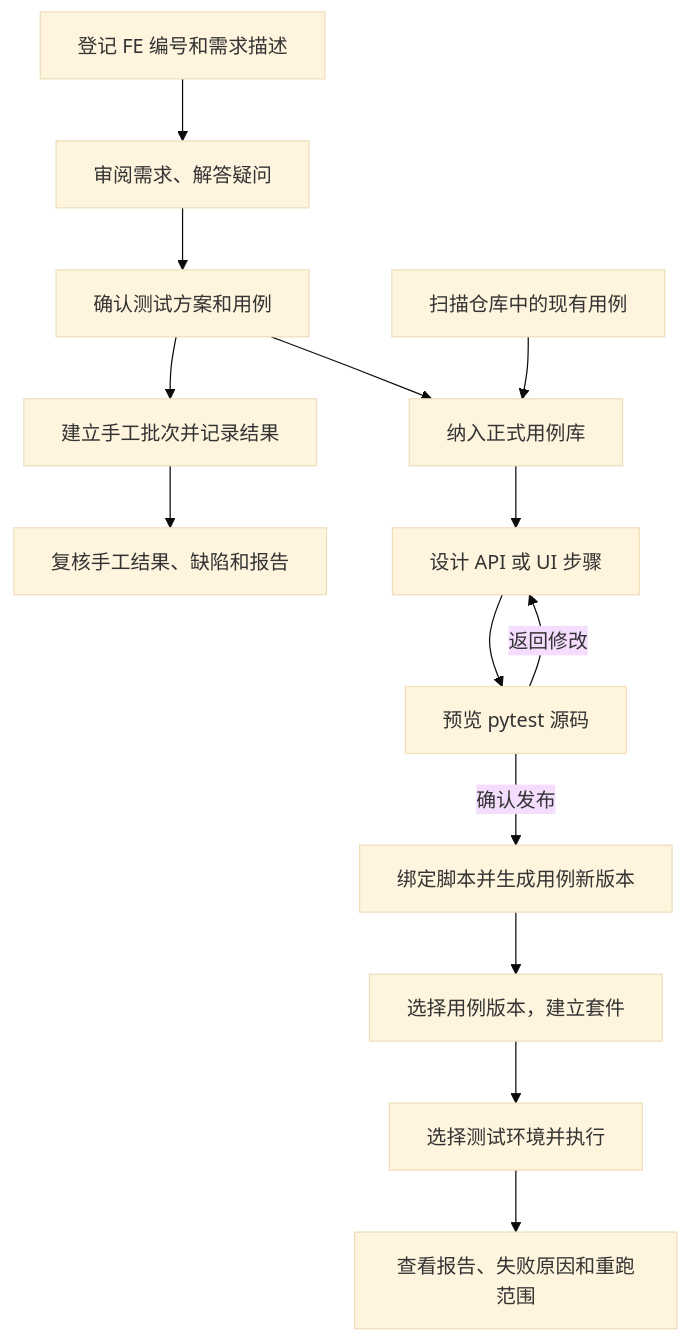
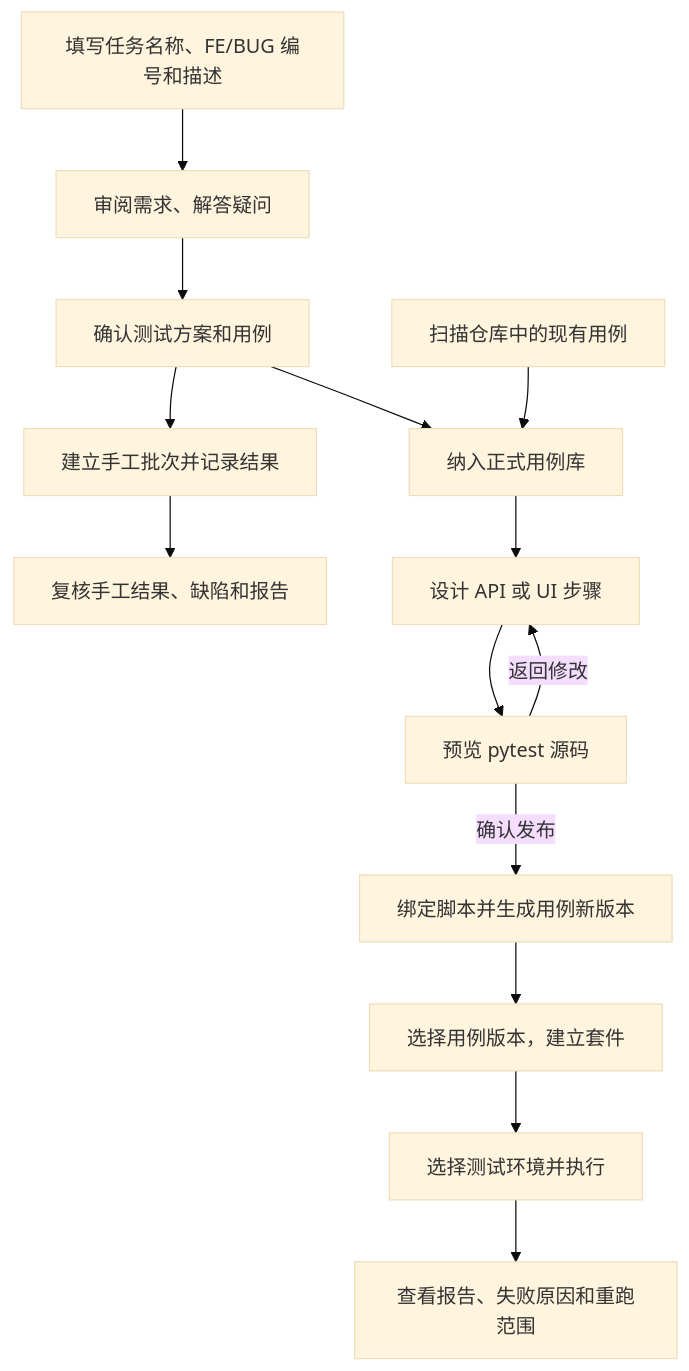
The first of 2 diagrams in README.md (c903648678-sys/healthmanager-autotest), drawn with Mermaid (base theme) before and after one commit. The commit also changed other lines of this file and 1 other file, not shown here.

````diff
--- a/README.md
+++ b/README.md
@@ -28,16 +28,16 @@
 ```mermaid
 flowchart TD
-    A["登记 FE 编号和需求描述"] --> B["审阅需求、解答疑问"]
+    A["填写任务名称、FE/BUG 编号和描述"] --> B["审阅需求、解答疑问"]
     B --> C["确认测试方案和用例"]
     C --> M["建立手工批次并记录结果"]
     C --> D["纳入正式用例库"]
     E["扫描仓库中的现有用例"] --> D
     D --> F["设计 API 或 UI 步骤"]
     F --> G["预览 pytest 源码"]
     G -->|返回修改| F
     G -->|确认发布| H["绑定脚本并生成用例新版本"]
     H --> I["选择用例版本，建立套件"]
     I --> J["选择测试环境并执行"]
     J --> K["查看报告、失败原因和重跑范围"]
     M --> L["复核手工结果、缺陷和报告"]
 ```
````
